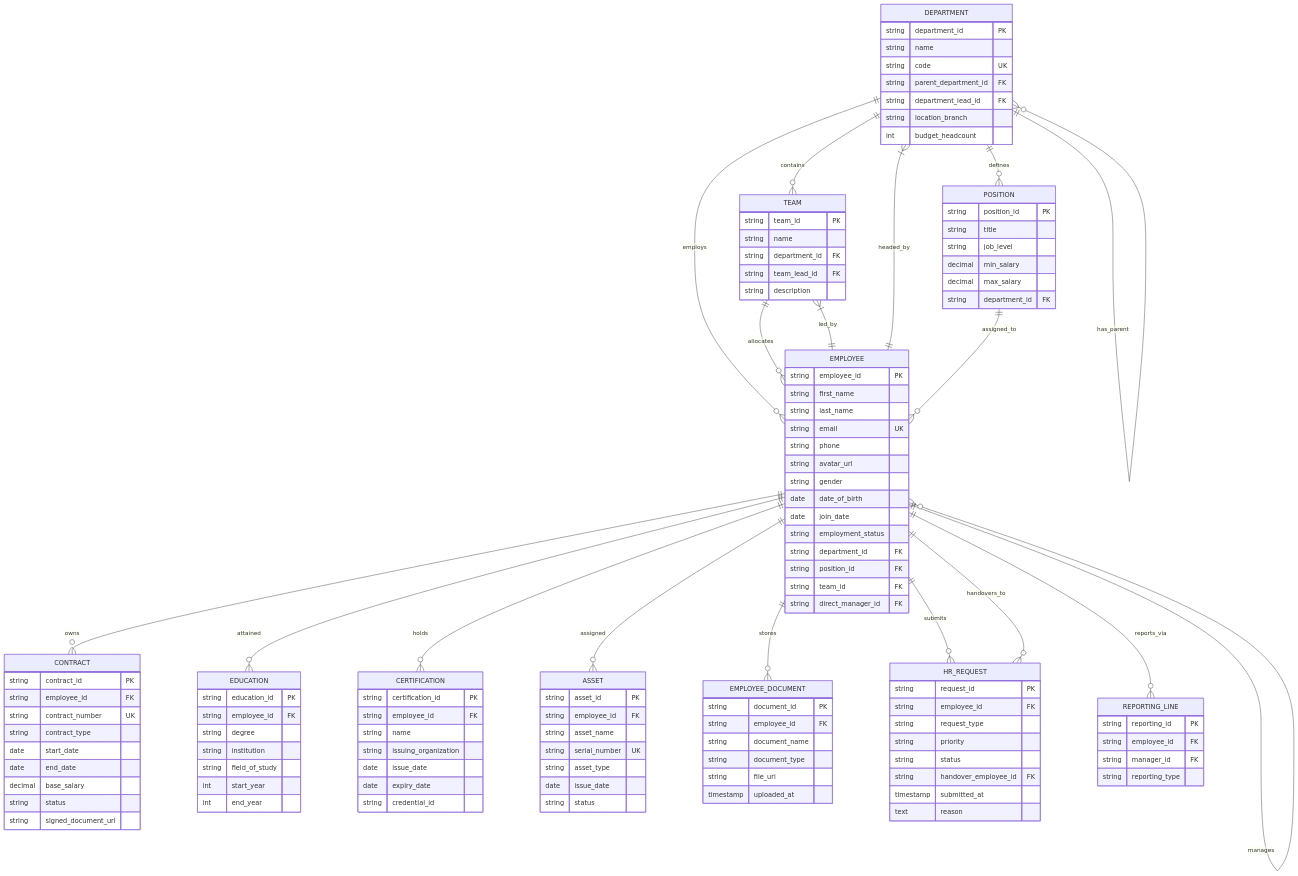
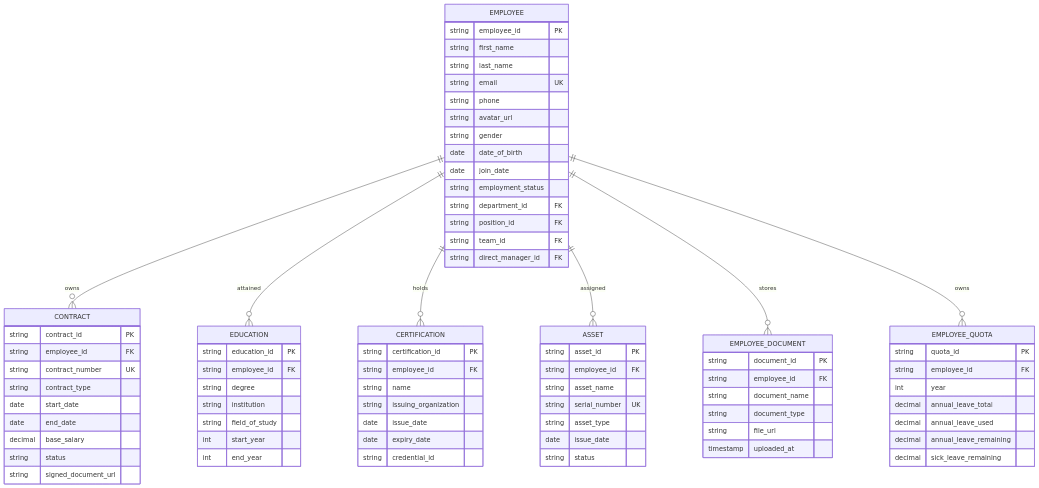
One commit to votrongdao/Copilot.HR changed the diagram in databases/EmployeeDirectory.md. Above: the diagram before and after it, drawn with Mermaid. The commit also changed other lines of this file and 18 other files, not shown here.

Commit message:
Break erd

````diff
--- a/databases/EmployeeDirectory.md
+++ b/databases/EmployeeDirectory.md
@@ -9,24 +9,11 @@
 ```mermaid
 erDiagram
-    DEPARTMENT ||--o{ EMPLOYEE : "employs"
-    DEPARTMENT ||--o{ DEPARTMENT : "has_parent"
-    DEPARTMENT ||--o{ TEAM : "contains"
-    DEPARTMENT ||--o{ POSITION : "defines"
-    
-    EMPLOYEE ||--o{ EMPLOYEE : "manages"
     EMPLOYEE ||--o{ CONTRACT : "owns"
     EMPLOYEE ||--o{ EDUCATION : "attained"
     EMPLOYEE ||--o{ CERTIFICATION : "holds"
     EMPLOYEE ||--o{ ASSET : "assigned"
     EMPLOYEE ||--o{ EMPLOYEE_DOCUMENT : "stores"
-    EMPLOYEE ||--o{ HR_REQUEST : "submits"
-    EMPLOYEE ||--o{ HR_REQUEST : "handovers_to"
-    EMPLOYEE ||--o{ REPORTING_LINE : "reports_via"
-
-    TEAM ||--o{ EMPLOYEE : "allocates"
-    TEAM }|--|| EMPLOYEE : "led_by"
-    DEPARTMENT }|--|| EMPLOYEE : "headed_by"
-    POSITION ||--o{ EMPLOYEE : "assigned_to"
+    EMPLOYEE ||--o{ EMPLOYEE_QUOTA : "owns"
 
     EMPLOYEE {
         string employee_id PK
@@ -43,33 +30,6 @@
         string position_id FK
         string team_id FK
         string direct_manager_id FK
-    }
-
-    DEPARTMENT {
-        string department_id PK
-        string name
-        string code UK
-        string parent_department_id FK
-        string department_lead_id FK
-        string location_branch
-        int budget_headcount
-    }
-
-    TEAM {
-        string team_id PK
-        string name
-        string department_id FK
-        string team_lead_id FK
-        string description
-    }
-
-    POSITION {
-        string position_id PK
-        string title
-        string job_level
-        decimal min_salary
-        decimal max_salary
-        string department_id FK
     }
 
     CONTRACT {
@@ -123,21 +83,13 @@
         timestamp uploaded_at
     }
 
-    HR_REQUEST {
-        string request_id PK
+    EMPLOYEE_QUOTA {
+        string quota_id PK
         string employee_id FK
-        string request_type
-        string priority
-        string status
-        string handover_employee_id FK
-        timestamp submitted_at
-        text reason
-    }
-
-    REPORTING_LINE {
-        string reporting_id PK
-        string employee_id FK
-        string manager_id FK
-        string reporting_type
+        int year
+        decimal annual_leave_total
+        decimal annual_leave_used
+        decimal annual_leave_remaining
+        decimal sick_leave_remaining
     }
 ```
````
